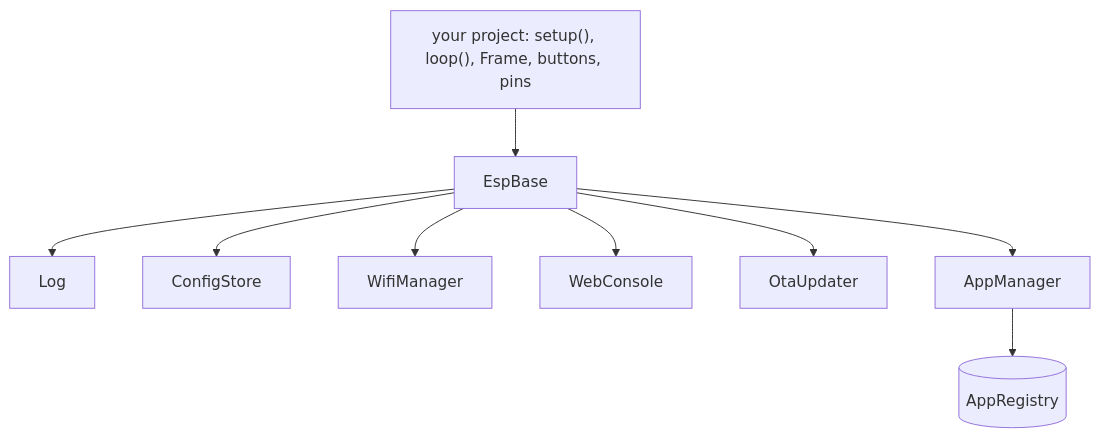
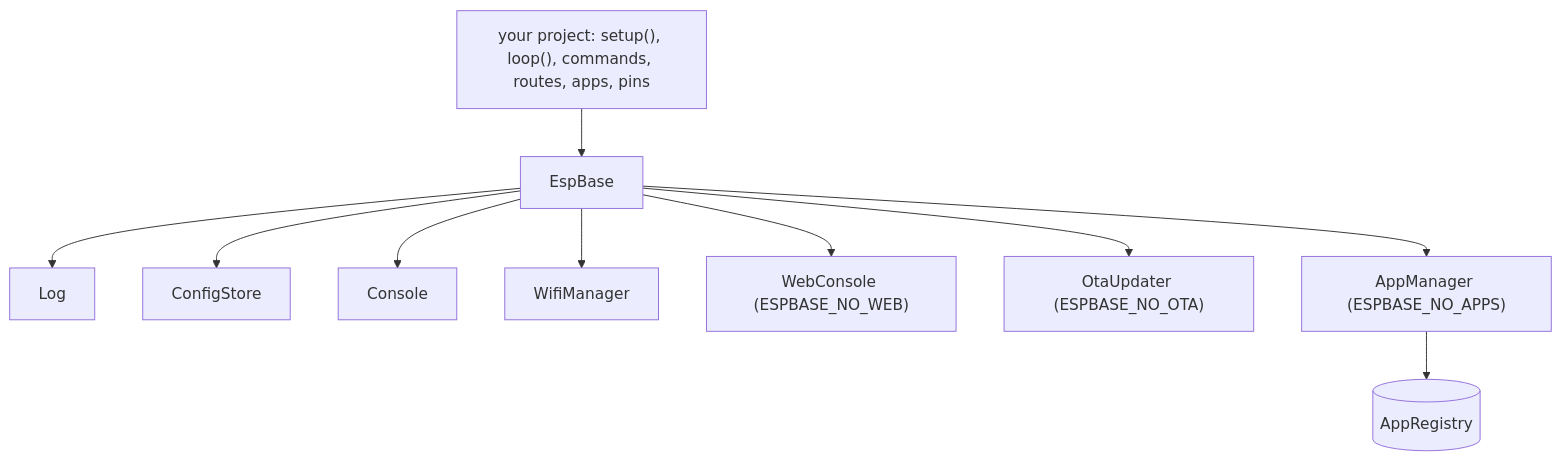
One commit to dontseyit/esp-base changed the diagram in docs/wiki/Home.md. Above: the diagram before and after it, drawn with Mermaid. The commit also changed other lines of this file and 59 other files, not shown here.

````diff
--- a/docs/wiki/Home.md
+++ b/docs/wiki/Home.md
@@ -19,11 +21,12 @@
 ```mermaid
 flowchart TB
-  P["your project: setup(), loop(), Frame, buttons, pins"] --> B[EspBase]
+  P["your project: setup(), loop(), commands, routes, apps, pins"] --> B[EspBase]
   B --> L[Log]
   B --> C[ConfigStore]
+  B --> K[Console]
   B --> W[WifiManager]
-  B --> WC[WebConsole]
-  B --> O[OtaUpdater]
-  B --> A[AppManager]
+  B --> WC["WebConsole (ESPBASE_NO_WEB)"]
+  B --> O["OtaUpdater (ESPBASE_NO_OTA)"]
+  B --> A["AppManager (ESPBASE_NO_APPS)"]
   A --> R[(AppRegistry)]
 ```
````
